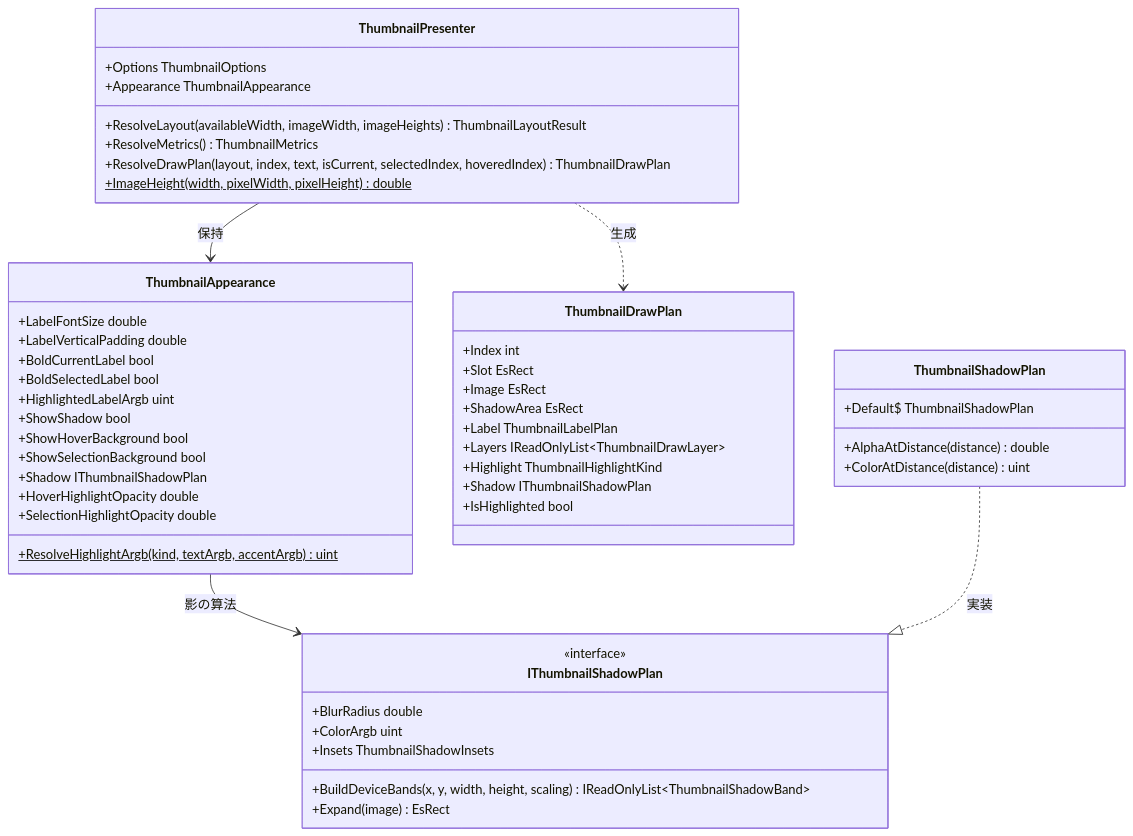
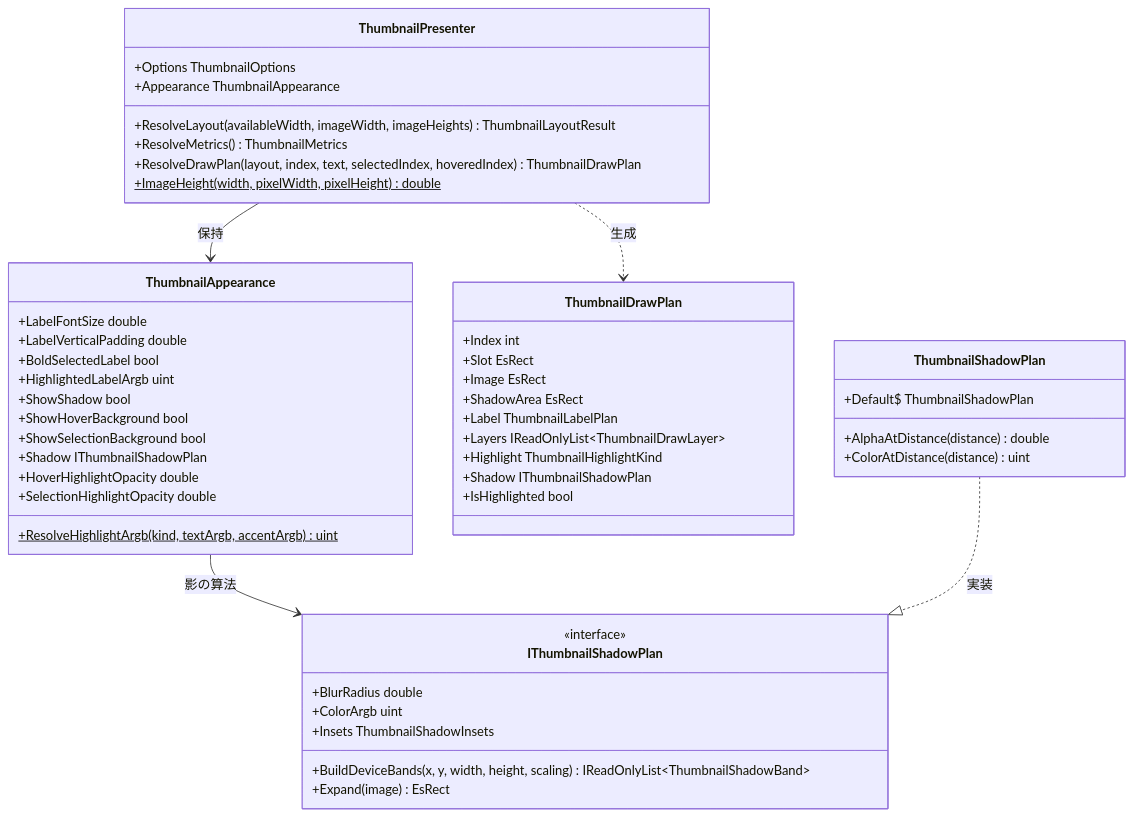
Before and after one commit to tomokuni/EsUtil: the second of 4 diagrams in EsUtil/Feature.Thumbnail.Presenter/docs/SPEC_System.md, drawn with Mermaid. The commit also changed other lines of this file and 52 other files, not shown here.

````diff
--- a/EsUtil/Feature.Thumbnail.Presenter/docs/SPEC_System.md
+++ b/EsUtil/Feature.Thumbnail.Presenter/docs/SPEC_System.md
@@ -108,54 +108,53 @@
 ```mermaid
 classDiagram
     class ThumbnailPresenter {
         +Options ThumbnailOptions
         +Appearance ThumbnailAppearance
         +ResolveLayout(availableWidth, imageWidth, imageHeights) ThumbnailLayoutResult
         +ResolveMetrics() ThumbnailMetrics
-        +ResolveDrawPlan(layout, index, text, isCurrent, selectedIndex, hoveredIndex) ThumbnailDrawPlan
+        +ResolveDrawPlan(layout, index, text, selectedIndex, hoveredIndex) ThumbnailDrawPlan
         +ImageHeight(width, pixelWidth, pixelHeight)$ double
     }
     class ThumbnailAppearance {
         +LabelFontSize double
         +LabelVerticalPadding double
-        +BoldCurrentLabel bool
         +BoldSelectedLabel bool
         +HighlightedLabelArgb uint
         +ShowShadow bool
         +ShowHoverBackground bool
         +ShowSelectionBackground bool
         +Shadow IThumbnailShadowPlan
         +HoverHighlightOpacity double
         +SelectionHighlightOpacity double
         +ResolveHighlightArgb(kind, textArgb, accentArgb)$ uint
     }
     class ThumbnailDrawPlan {
         +Index int
         +Slot EsRect
         +Image EsRect
         +ShadowArea EsRect
         +Label ThumbnailLabelPlan
         +Layers IReadOnlyList~ThumbnailDrawLayer~
         +Highlight ThumbnailHighlightKind
         +Shadow IThumbnailShadowPlan
         +IsHighlighted bool
     }
     class IThumbnailShadowPlan {
         <<interface>>
         +BlurRadius double
         +ColorArgb uint
         +Insets ThumbnailShadowInsets
         +BuildDeviceBands(x, y, width, height, scaling) IReadOnlyList~ThumbnailShadowBand~
         +Expand(image) EsRect
     }
     class ThumbnailShadowPlan {
         +Default$ ThumbnailShadowPlan
         +AlphaAtDistance(distance) double
         +ColorAtDistance(distance) uint
     }
 
     ThumbnailPresenter --> ThumbnailAppearance : 保持
     ThumbnailPresenter ..> ThumbnailDrawPlan : 生成
     ThumbnailAppearance --> IThumbnailShadowPlan : 影の算法
     ThumbnailShadowPlan ..|> IThumbnailShadowPlan : 実装
 ```
````
